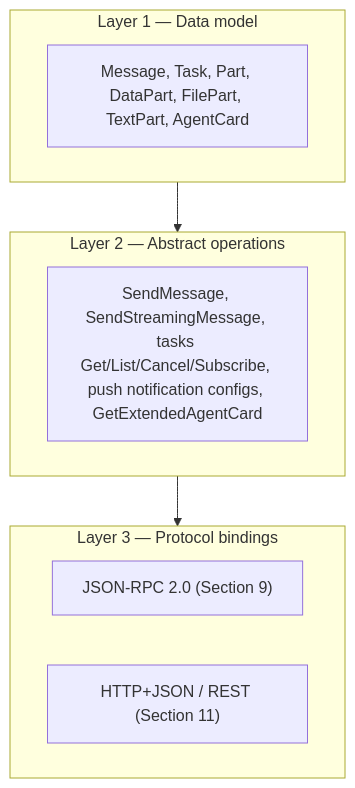
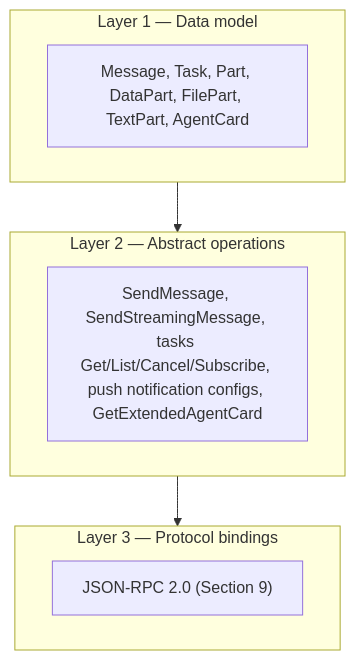
Before and after one commit to auto-agent-protocol/auto-agent-protocol: the diagram in docs/a2a-profile.md, drawn with Mermaid. The commit also changed other lines of this file and 113 other files, not shown here.

````diff
--- a/docs/a2a-profile.md
+++ b/docs/a2a-profile.md
@@ -17,18 +17,17 @@
 ```mermaid
 flowchart TB
   subgraph Layer1["Layer 1 — Data model"]
     L1["Message, Task, Part, DataPart, FilePart, TextPart, AgentCard"]
   end
 
   subgraph Layer2["Layer 2 — Abstract operations"]
     L2["SendMessage, SendStreamingMessage, tasks Get/List/Cancel/Subscribe, push notification configs, GetExtendedAgentCard"]
   end
 
   subgraph Layer3["Layer 3 — Protocol bindings"]
     L3J["JSON-RPC 2.0 (Section 9)"]
-    L3H["HTTP+JSON / REST (Section 11)"]
   end
 
   Layer1 --> Layer2
   Layer2 --> Layer3
 ```
````
